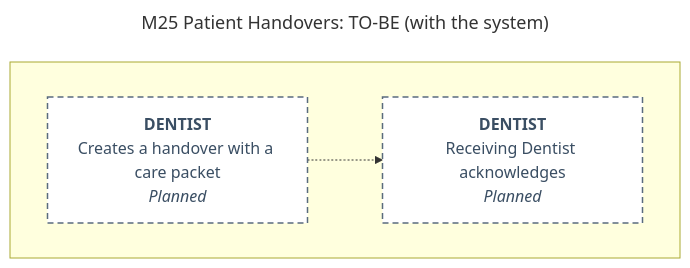
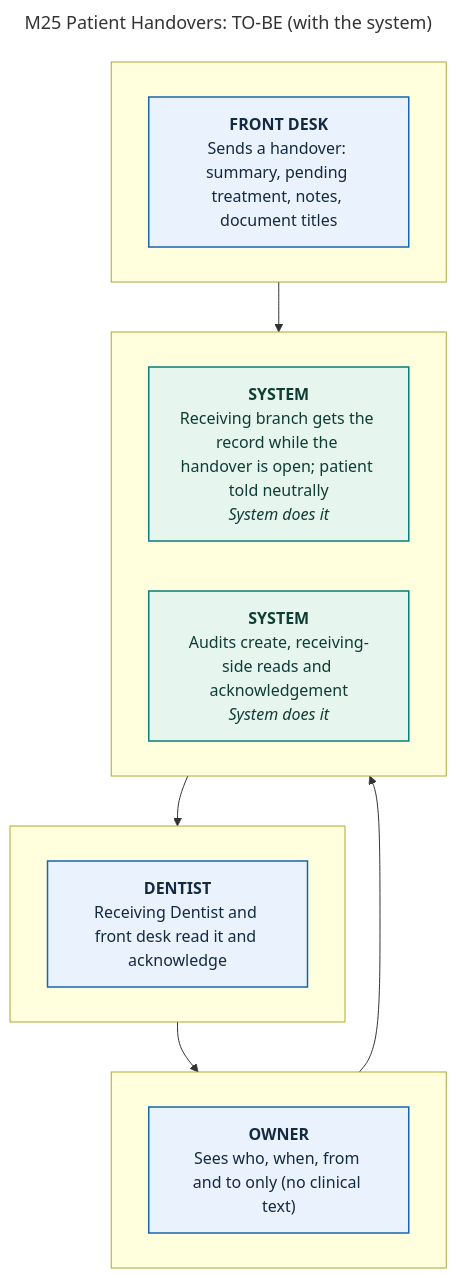
The diagram in docs/defense/diagrams/M25-patient-handovers-to-be.mmd (0phem/multibranch-dental-clinic), drawn with Mermaid before and after one commit. The commit also changed 20 other files, not shown here.

Commit message:
docs: M3, M15, M25 — module statuses, TO-BE diagrams and process PDF, open items 27–29 (real hours, leave rules, handover access), panel Q53–55, demo moment 3g, pitch, pending migrations (item 17)

```diff
--- a/docs/defense/diagrams/M25-patient-handovers-to-be.mmd
+++ b/docs/defense/diagrams/M25-patient-handovers-to-be.mmd
@@ -1,16 +1,31 @@
 ---
 title: "M25 Patient Handovers: TO-BE (with the system)"
 ---
 flowchart TB
+    subgraph L1[" "]
+    direction LR
+      S0["<b>FRONT DESK</b><br/>Sends a handover: summary, pending treatment, notes, document titles"]:::manual
+    end
     subgraph L2[" "]
     direction LR
-      S0["<b>DENTIST</b><br/>Creates a handover with a care packet<br/><i>Planned</i>"]:::planned
-      S1["<b>DENTIST</b><br/>Receiving Dentist acknowledges<br/><i>Planned</i>"]:::planned
+      S2["<b>DENTIST</b><br/>Receiving Dentist and front desk read it and acknowledge"]:::manual
     end
-    S0 -.-> S1
+    subgraph L3[" "]
+    direction LR
+      S3["<b>OWNER</b><br/>Sees who, when, from and to only (no clinical text)"]:::manual
+    end
+    subgraph L4[" "]
+    direction LR
+      S1["<b>SYSTEM</b><br/>Receiving branch gets the record while the handover is open; patient told neutrally<br/><i>System does it</i>"]:::auto
+      S4["<b>SYSTEM</b><br/>Audits create, receiving-side reads and acknowledgement<br/><i>System does it</i>"]:::auto
+    end
+    S0 --> S1
+    S1 --> S2
+    S2 --> S3
+    S3 --> S4
     classDef cited fill:#eaf3fd,stroke:#1865ac,color:#142a40,stroke-width:1.5px
     classDef confirm fill:#fffaf0,stroke:#b26a00,color:#5e3c00,stroke-width:1.5px,stroke-dasharray:6 4
     classDef auto fill:#e6f5ee,stroke:#0c7f75,color:#0f3d33,stroke-width:1.5px
     classDef manual fill:#eaf3fd,stroke:#1865ac,color:#142a40,stroke-width:1.5px
     classDef mock fill:#f3f5f7,stroke:#5a6b7d,color:#3a4e63,stroke-width:1.5px,stroke-dasharray:3 3
     classDef planned fill:#ffffff,stroke:#5a6b7d,color:#3a4e63,stroke-width:1.5px,stroke-dasharray:6 4
```
